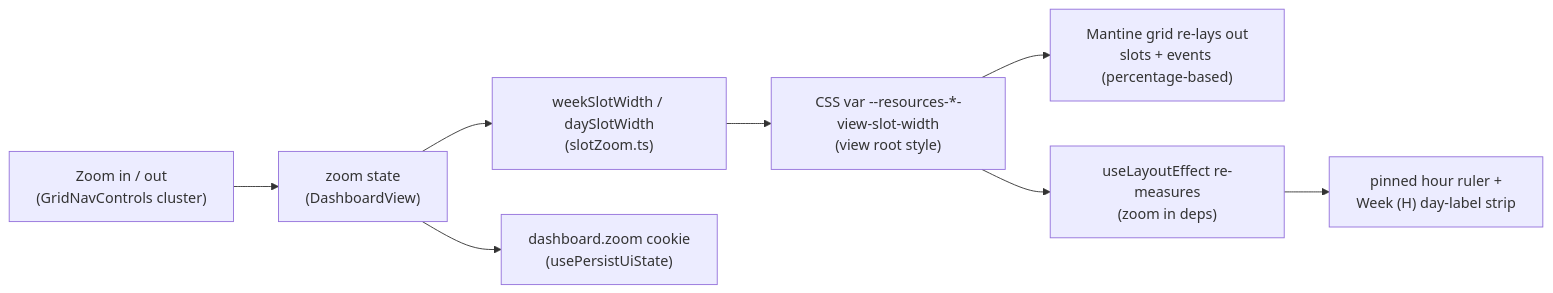
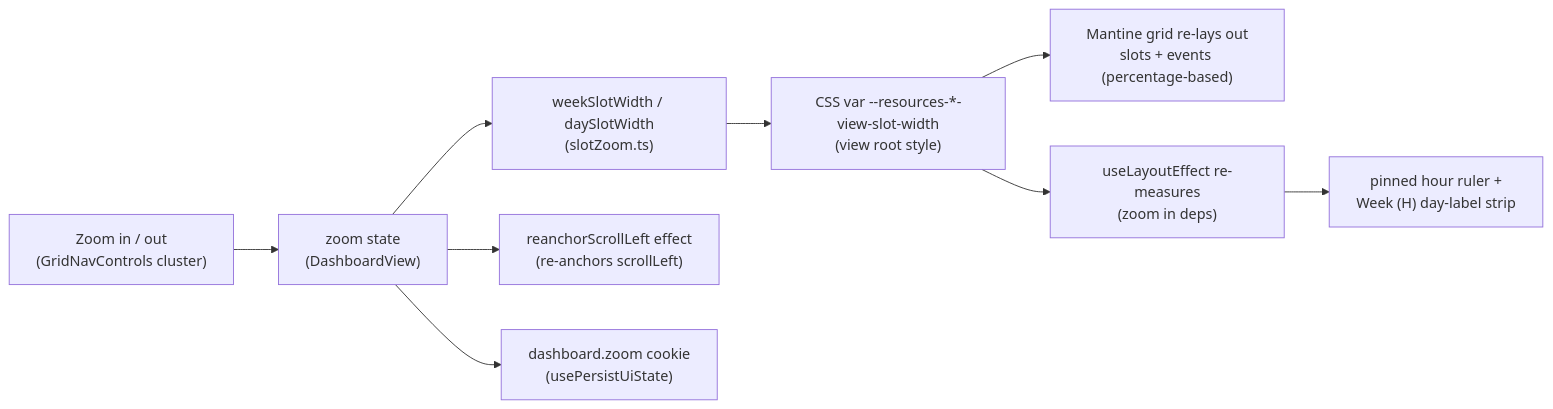
The second of 2 diagrams in docs/dashboard-views.md (oncloudnintynineone-source/cloudy2), drawn with Mermaid before and after one commit. The commit also changed other lines of this file and 7 other files, not shown here.

````diff
--- a/docs/dashboard-views.md
+++ b/docs/dashboard-views.md
@@ -181,10 +185,11 @@
 ```mermaid
 flowchart LR
     B["Zoom in / out<br/>(GridNavControls cluster)"] --> S["zoom state<br/>(DashboardView)"]
     S --> W["weekSlotWidth / daySlotWidth<br/>(slotZoom.ts)"]
     W --> V["CSS var --resources-*-view-slot-width<br/>(view root style)"]
     V --> G["Mantine grid re-lays out<br/>slots + events (percentage-based)"]
     V --> M["useLayoutEffect re-measures<br/>(zoom in deps)"]
     M --> R["pinned hour ruler +<br/>Week (H) day-label strip"]
+    S --> A["reanchorScrollLeft effect<br/>(re-anchors scrollLeft)"]
     S --> C["dashboard.zoom cookie<br/>(usePersistUiState)"]
 ```
````
